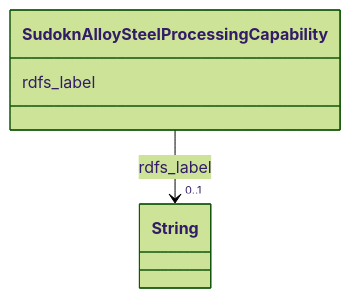
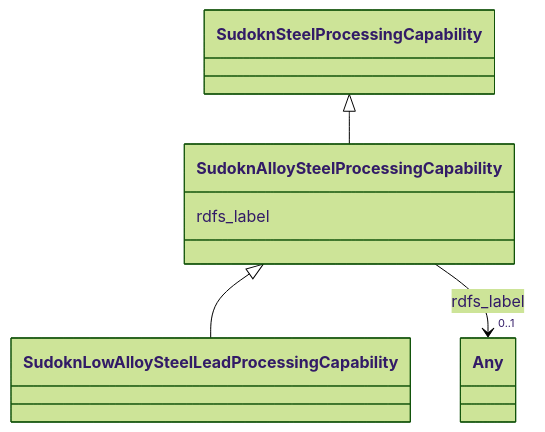
The diagram in sudokn-kg/classes/SudoknAlloySteelProcessingCapability.md (frink-okn/graph-descriptions), drawn with Mermaid (forest theme) before and after one commit. The commit also changed other lines of this file and 903 other files, not shown here.

````diff
--- a/sudokn-kg/classes/SudoknAlloySteelProcessingCapability.md
+++ b/sudokn-kg/classes/SudoknAlloySteelProcessingCapability.md
@@ -23,15 +18,23 @@
 ```mermaid
  classDiagram
     class SudoknAlloySteelProcessingCapability
     click SudoknAlloySteelProcessingCapability href "../SudoknAlloySteelProcessingCapability"
+      SudoknSteelProcessingCapability <|-- SudoknAlloySteelProcessingCapability
+        click SudoknSteelProcessingCapability href "../SudoknSteelProcessingCapability"
+      
+
+      SudoknAlloySteelProcessingCapability <|-- SudoknLowAlloySteelLeadProcessingCapability
+        click SudoknLowAlloySteelLeadProcessingCapability href "../SudoknLowAlloySteelLeadProcessingCapability"
+      
+      
       SudoknAlloySteelProcessingCapability : rdfs_label
         
           
     
     
-    SudoknAlloySteelProcessingCapability --> "0..1" String : rdfs_label
-    click String href "../String"
+    SudoknAlloySteelProcessingCapability --> "0..1" Any : rdfs_label
+    click Any href "../Any"
 
         
       
 ```
````
